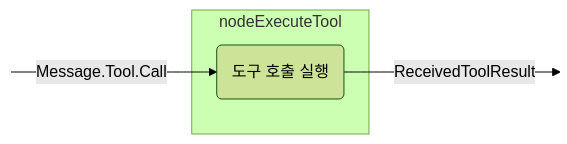
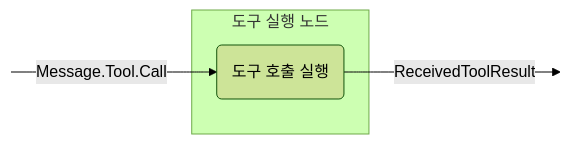
Before and after one commit to BinaryTape/Open-Docs: diagram 11 of 15 in docs/ko/koog/nodes-and-components.md, drawn with Mermaid (forest theme). The commit also changed other lines of this file and 164 other files, not shown here.

````diff
--- a/docs/ko/koog/nodes-and-components.md
+++ b/docs/ko/koog/nodes-and-components.md
@@ -561,13 +560,13 @@
 ```mermaid
 graph LR
     in:::hidden
     out:::hidden
     
-    subgraph node ["nodeExecuteTool"]
+    subgraph node ["도구 실행 노드"]
         execute(도구 호출 실행)
     end
     
     in --Message.Tool.Call--> execute --ReceivedToolResult--> out
 
     classDef hidden display: none;
 ```
````
